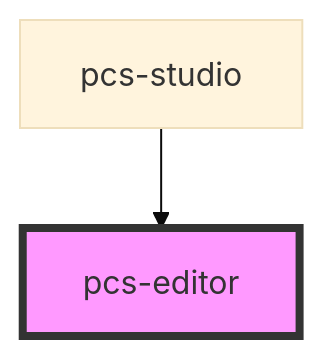
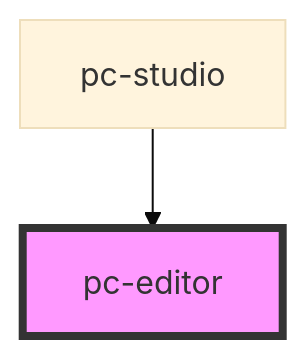
The diagram in packages/studio-components/src/components/editor/readme.md (bettermusic/studio), drawn with Mermaid (base theme) before and after one commit. The commit also changed other lines of this file and 111 other files, not shown here.

````diff
--- a/packages/studio-components/src/components/editor/readme.md
+++ b/packages/studio-components/src/components/editor/readme.md
@@ -29,5 +29,5 @@
 ```mermaid
 graph TD;
-  pcs-studio --> pcs-editor
-  style pcs-editor fill:#f9f,stroke:#333,stroke-width:4px
+  pc-studio --> pc-editor
+  style pc-editor fill:#f9f,stroke:#333,stroke-width:4px
 ```
````
